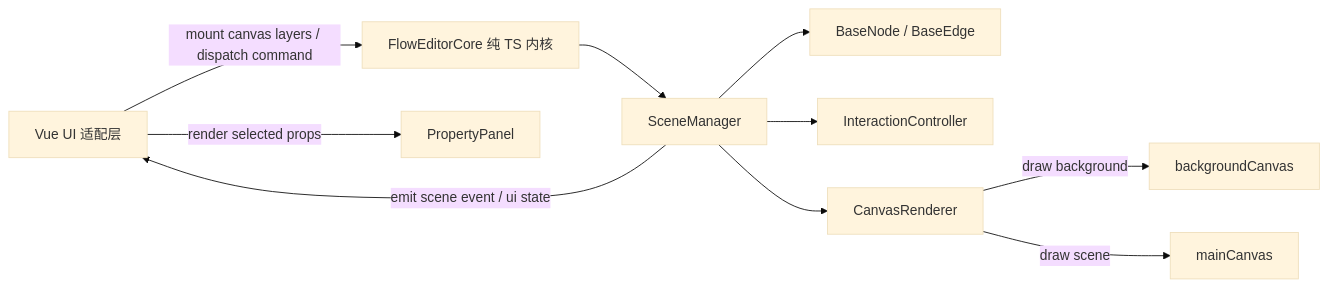
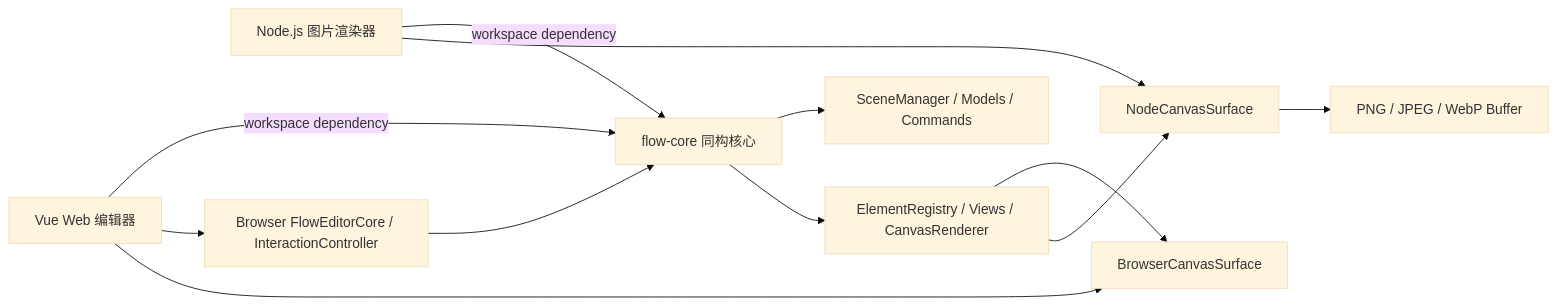
The diagram in 架构设计.md (kkagura/w-process), drawn with Mermaid (base theme) before and after one commit. The commit also changed other lines of this file and 2 other files, not shown here.

````diff
--- a/架构设计.md
+++ b/架构设计.md
@@ -44,12 +46,14 @@
 ```mermaid
 flowchart LR
-  A[Vue UI 适配层] -->|mount canvas layers / dispatch command| B[FlowEditorCore 纯 TS 内核]
-  B --> C[SceneManager]
-  C --> D[BaseNode / BaseEdge]
-  C --> E[InteractionController]
-  C --> F[CanvasRenderer]
-  F -->|draw background| G[backgroundCanvas]
-  F -->|draw scene| I[mainCanvas]
-  C -->|emit scene event / ui state| A
-  A -->|render selected props| H[PropertyPanel]
+  A[Vue Web 编辑器] -->|workspace dependency| C[flow-core 同构核心]
+  N[Node.js 图片渲染器] -->|workspace dependency| C
+  A --> B[Browser FlowEditorCore / InteractionController]
+  B --> C
+  C --> D[SceneManager / Models / Commands]
+  C --> E[ElementRegistry / Views / CanvasRenderer]
+  A --> F[BrowserCanvasSurface]
+  N --> G[NodeCanvasSurface]
+  E --> F
+  E --> G
+  G --> H[PNG / JPEG / WebP Buffer]
 ```
````
